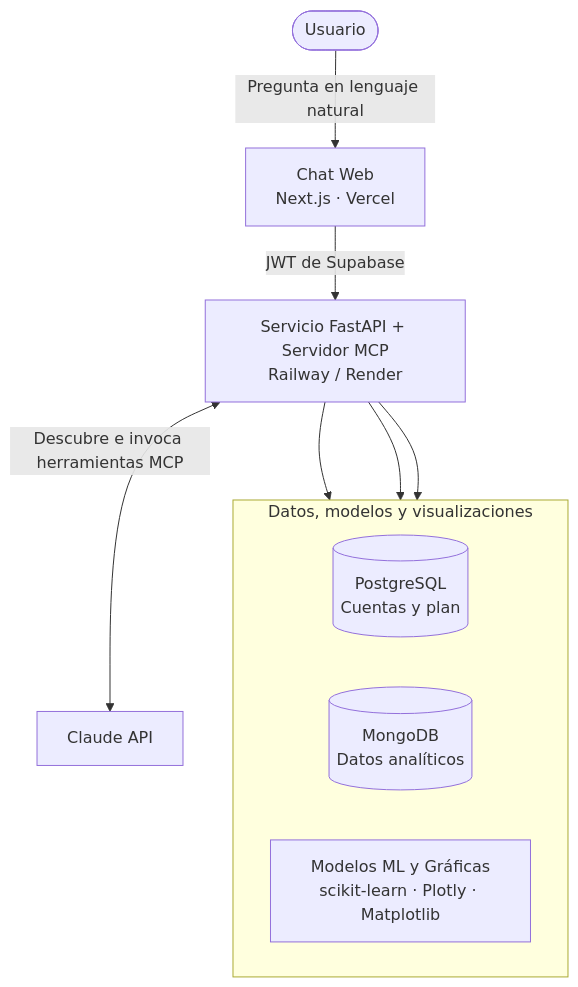
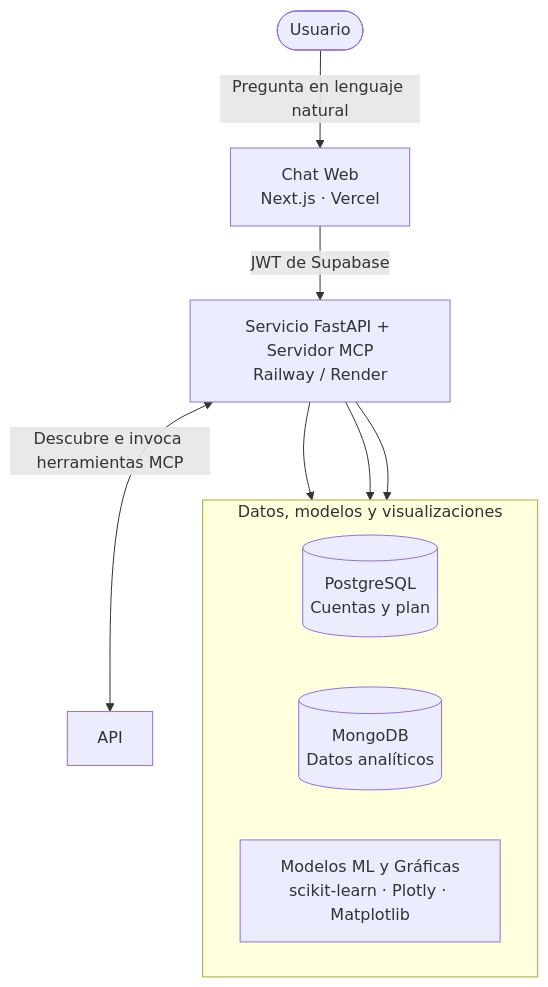
One commit to jesyanahi1685-stack/DuoBot-Campus changed the diagram in README.md. Above: the diagram before and after it, drawn with Mermaid.

Commit message:
Update API interaction in flowchart

````diff
--- a/README.md
+++ b/README.md
@@ -58,17 +58,17 @@
 ```mermaid
 flowchart TD
     U(["Usuario"]) -->|"Pregunta en lenguaje natural"| FE["Chat Web<br/>Next.js · Vercel"]
     FE -->|"JWT de Supabase"| API["Servicio FastAPI + Servidor MCP<br/>Railway / Render"]
-    API <-->|"Descubre e invoca herramientas MCP"| CLAUDE["Claude API"]
+    API <-->|"Descubre e invoca herramientas MCP"| IA["API"]
 
     subgraph DATA["Datos, modelos y visualizaciones"]
         direction LR
         PG[("PostgreSQL<br/>Cuentas y plan")]
         MG[("MongoDB<br/>Datos analíticos")]
         ML["Modelos ML y Gráficas<br/>scikit-learn · Plotly · Matplotlib"]
     end
 
     API --> PG
     API --> MG
     API --> ML
 ```
````
